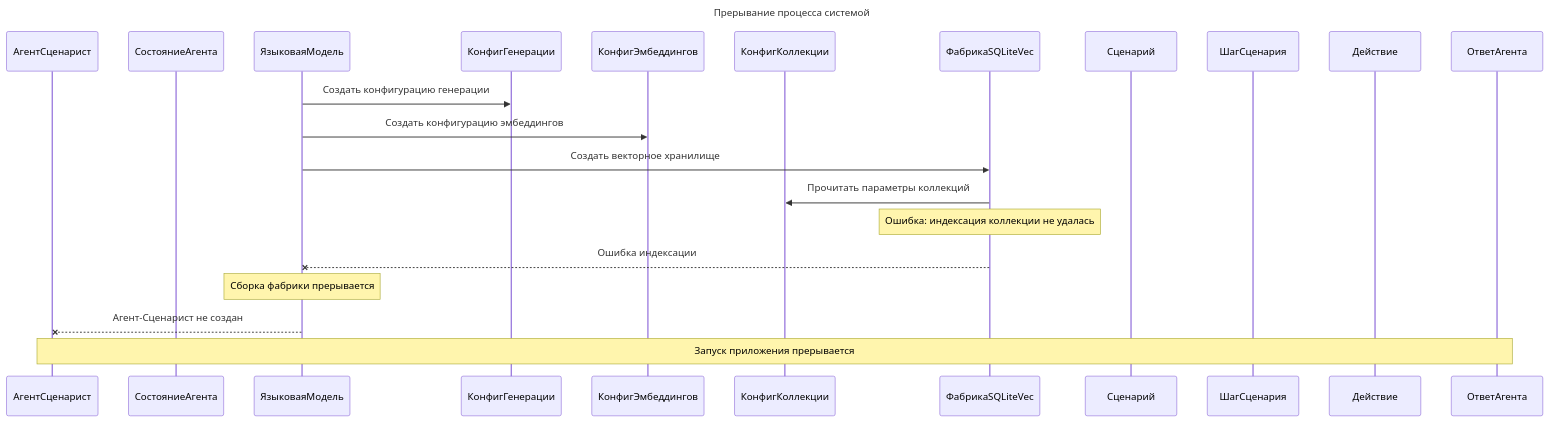
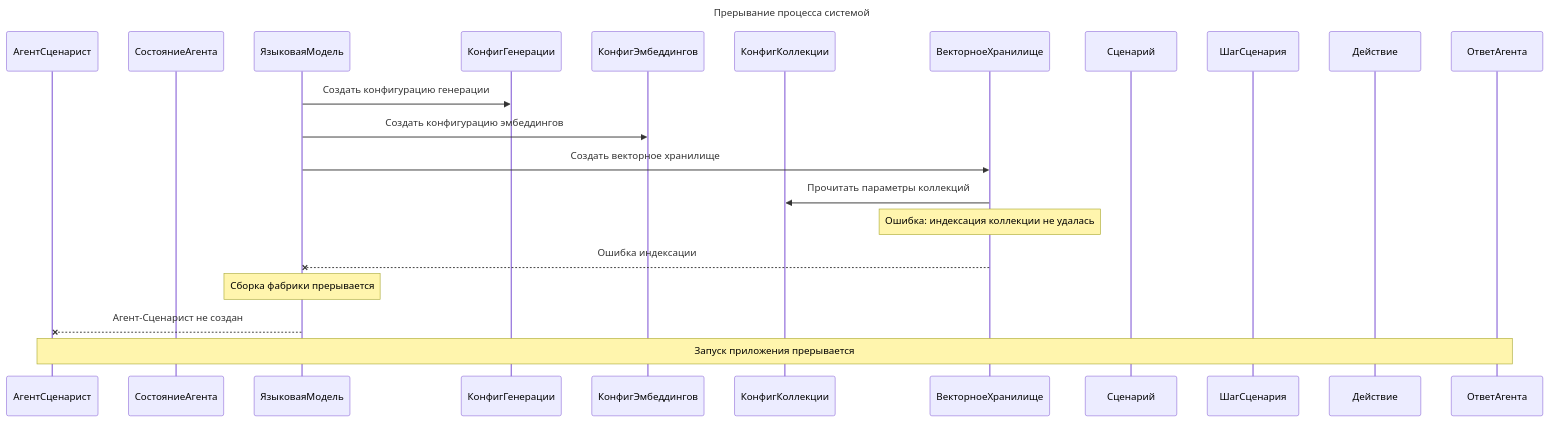
One commit to CHSU-scenarAIst/diagrammy changed the second of 3 diagrams in Пакет Обработка эмбеддингов/2. Диаграмма последовательностей взаимодействия объектов классов пакета.md. Above: the diagram before and after it, drawn with Mermaid. The commit also changed other lines of this file and 8 other files, not shown here.

````diff
--- a/Пакет Обработка эмбеддингов/2. Диаграмма последовательностей взаимодействия объектов классов пакета.md
+++ b/Пакет Обработка эмбеддингов/2. Диаграмма последовательностей взаимодействия объектов классов пакета.md
@@ -50,27 +51,27 @@
 ```mermaid
 ---
 title: Прерывание процесса системой
 ---
 sequenceDiagram
     participant АгентСценарист
     participant СостояниеАгента
     participant ЯзыковаяМодель
     participant КонфигГенерации
     participant КонфигЭмбеддингов
     participant КонфигКоллекции
-    participant ФабрикаSQLiteVec
+    participant ВекторноеХранилище
     participant Сценарий
     participant ШагСценария
     participant Действие
     participant ОтветАгента
 
     ЯзыковаяМодель->>КонфигГенерации: Создать конфигурацию генерации
     ЯзыковаяМодель->>КонфигЭмбеддингов: Создать конфигурацию эмбеддингов
-    ЯзыковаяМодель->>ФабрикаSQLiteVec: Создать векторное хранилище
-    ФабрикаSQLiteVec->>КонфигКоллекции: Прочитать параметры коллекций
-    Note over ФабрикаSQLiteVec: Ошибка: индексация коллекции не удалась
-    ФабрикаSQLiteVec--xЯзыковаяМодель: Ошибка индексации
+    ЯзыковаяМодель->>ВекторноеХранилище: Создать векторное хранилище
+    ВекторноеХранилище->>КонфигКоллекции: Прочитать параметры коллекций
+    Note over ВекторноеХранилище: Ошибка: индексация коллекции не удалась
+    ВекторноеХранилище--xЯзыковаяМодель: Ошибка индексации
     Note over ЯзыковаяМодель: Сборка фабрики прерывается
     ЯзыковаяМодель--xАгентСценарист: Агент-Сценарист не создан
     Note over АгентСценарист,ОтветАгента: Запуск приложения прерывается
 ```
````
